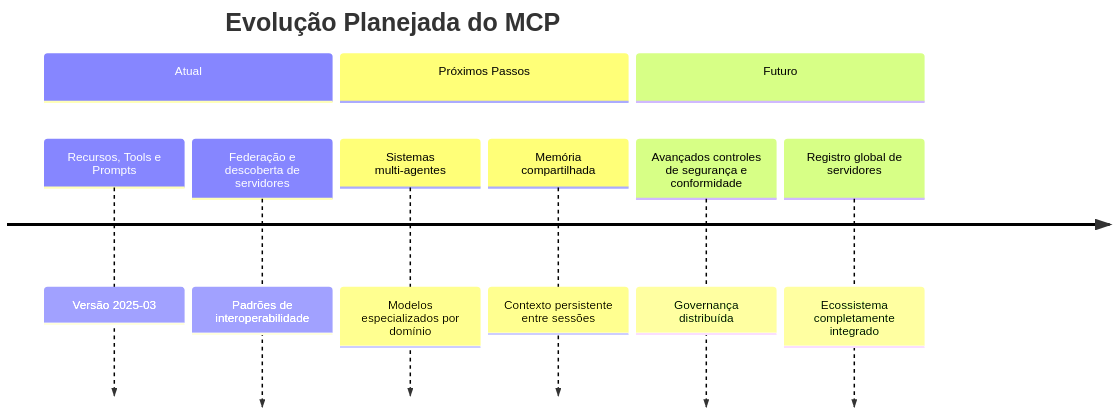
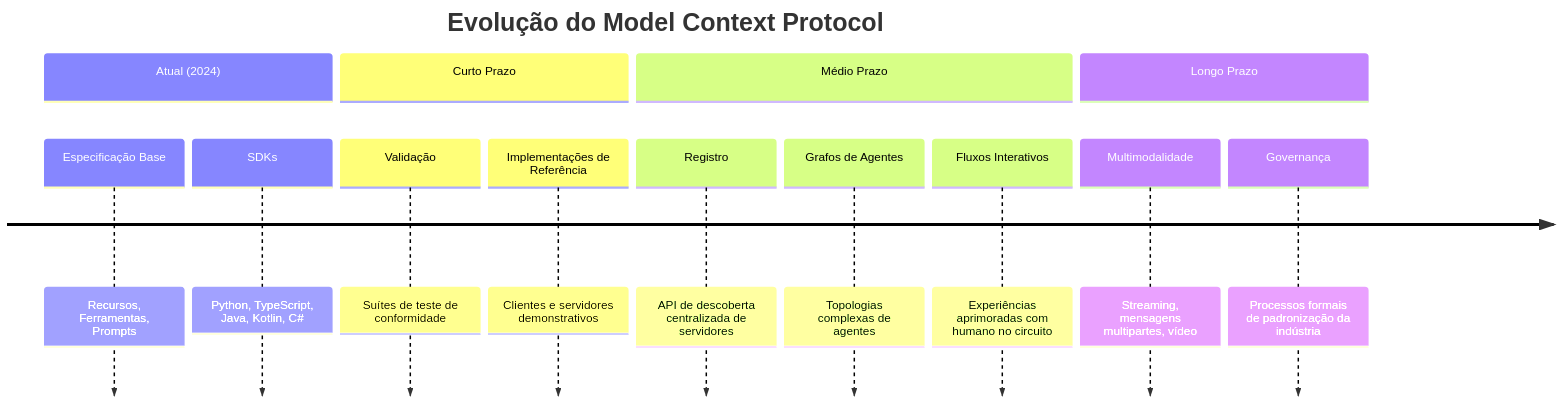
Before and after one commit to felipepimentel/my-public-notes: the tenth of 10 diagrams in AI/Communication/MCP/00-mcp-presentation-zero to hero.md, drawn with Mermaid. The commit also changed other lines of this file and 1 other file, not shown here.

````diff
--- a/AI/Communication/MCP/00-mcp-presentation-zero to hero.md
+++ b/AI/Communication/MCP/00-mcp-presentation-zero to hero.md
@@ -263,13 +198,17 @@
 ```mermaid
 timeline
-    title Evolução Planejada do MCP
-    section Atual
-        Recursos, Tools e Prompts : Versão 2025-03
-        Federação e descoberta de servidores : Padrões de interoperabilidade
-    section Próximos Passos
-        Sistemas multi-agentes : Modelos especializados por domínio
-        Memória compartilhada : Contexto persistente entre sessões
-    section Futuro
-        Avançados controles de segurança e conformidade : Governança distribuída
-        Registro global de servidores : Ecossistema completamente integrado
+    title Evolução do Model Context Protocol
+    section Atual (2024)
+      Especificação Base : Recursos, Ferramentas, Prompts
+      SDKs : Python, TypeScript, Java, Kotlin, C#
+    section Curto Prazo
+      Validação : Suítes de teste de conformidade
+      Implementações de Referência : Clientes e servidores demonstrativos
+    section Médio Prazo
+      Registro : API de descoberta centralizada de servidores
+      Grafos de Agentes : Topologias complexas de agentes
+      Fluxos Interativos : Experiências aprimoradas com humano no circuito
+    section Longo Prazo
+      Multimodalidade : Streaming, mensagens multipartes, vídeo
+      Governança : Processos formais de padronização da indústria
 ```
````
